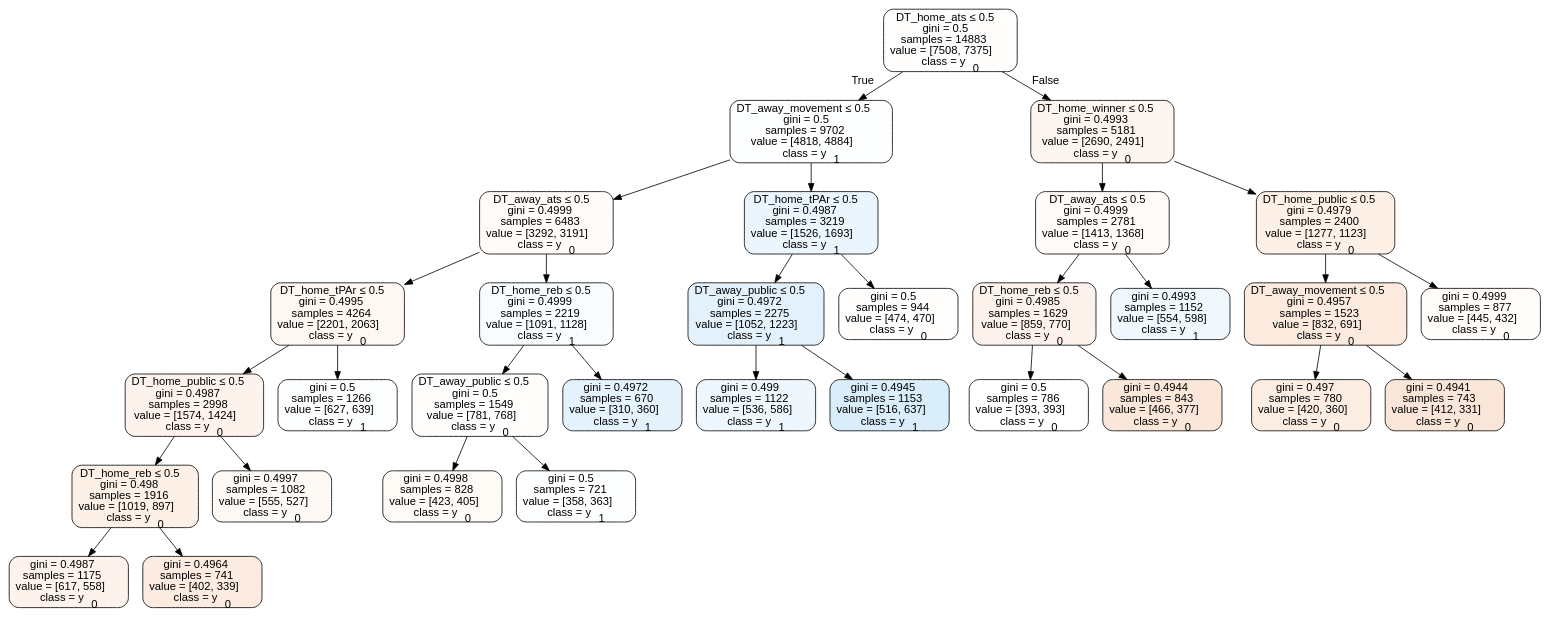
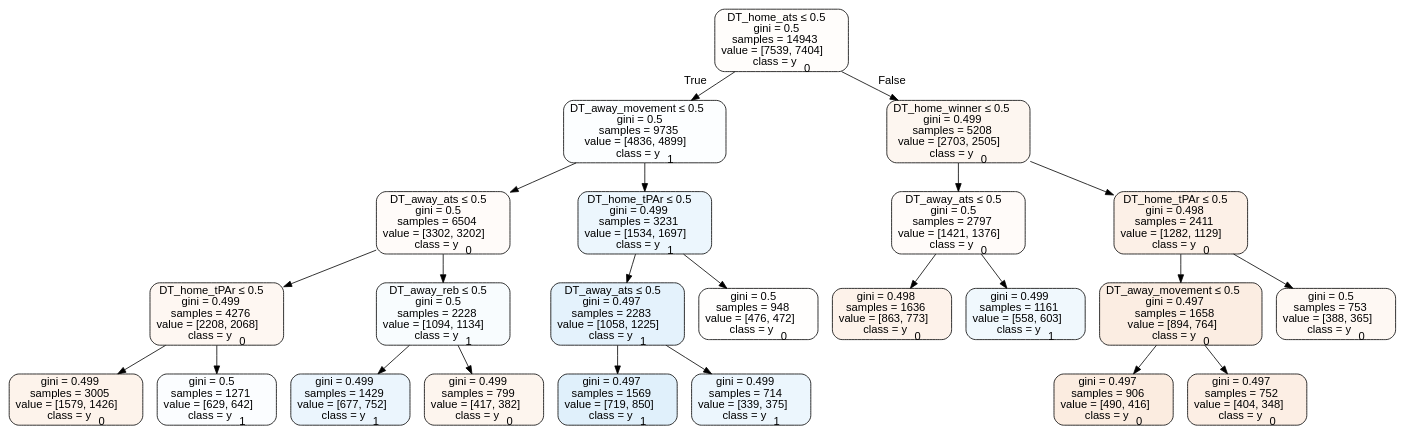
The diagram in Basketball/data/trees/tree2014home.dot (usbogie/ncaa-bets), drawn with Graphviz before and after one commit. The commit also changed 35 other files, not shown here.

```diff
--- a/Basketball/data/trees/tree2014home.dot
+++ b/Basketball/data/trees/tree2014home.dot
@@ -1,65 +1,49 @@
 digraph Tree {
 node [shape=box, style="filled, rounded", color="black", fontname=helvetica] ;
 edge [fontname=helvetica] ;
-0 [label=<DT_home_ats &le; 0.5<br/>gini = 0.5<br/>samples = 14883<br/>value = [7508, 7375]<br/>class = y<SUB>0</SUB>>, fillcolor="#e5813905"] ;
-1 [label=<DT_away_movement &le; 0.5<br/>gini = 0.5<br/>samples = 9702<br/>value = [4818, 4884]<br/>class = y<SUB>1</SUB>>, fillcolor="#399de503"] ;
+0 [label=<DT_home_ats &le; 0.5<br/>gini = 0.5<br/>samples = 14943<br/>value = [7539, 7404]<br/>class = y<SUB>0</SUB>>, fillcolor="#e5813905"] ;
+1 [label=<DT_away_movement &le; 0.5<br/>gini = 0.5<br/>samples = 9735<br/>value = [4836, 4899]<br/>class = y<SUB>1</SUB>>, fillcolor="#399de503"] ;
 0 -> 1 [labeldistance=2.5, labelangle=45, headlabel="True"] ;
-2 [label=<DT_away_ats &le; 0.5<br/>gini = 0.4999<br/>samples = 6483<br/>value = [3292, 3191]<br/>class = y<SUB>0</SUB>>, fillcolor="#e5813908"] ;
+2 [label=<DT_away_ats &le; 0.5<br/>gini = 0.5<br/>samples = 6504<br/>value = [3302, 3202]<br/>class = y<SUB>0</SUB>>, fillcolor="#e5813908"] ;
 1 -> 2 ;
-3 [label=<DT_home_tPAr &le; 0.5<br/>gini = 0.4995<br/>samples = 4264<br/>value = [2201, 2063]<br/>class = y<SUB>0</SUB>>, fillcolor="#e5813910"] ;
+3 [label=<DT_home_tPAr &le; 0.5<br/>gini = 0.499<br/>samples = 4276<br/>value = [2208, 2068]<br/>class = y<SUB>0</SUB>>, fillcolor="#e5813910"] ;
 2 -> 3 ;
-4 [label=<DT_home_public &le; 0.5<br/>gini = 0.4987<br/>samples = 2998<br/>value = [1574, 1424]<br/>class = y<SUB>0</SUB>>, fillcolor="#e5813918"] ;
+4 [label=<gini = 0.499<br/>samples = 3005<br/>value = [1579, 1426]<br/>class = y<SUB>0</SUB>>, fillcolor="#e5813919"] ;
 3 -> 4 ;
-5 [label=<DT_home_reb &le; 0.5<br/>gini = 0.498<br/>samples = 1916<br/>value = [1019, 897]<br/>class = y<SUB>0</SUB>>, fillcolor="#e581391f"] ;
-4 -> 5 ;
-6 [label=<gini = 0.4987<br/>samples = 1175<br/>value = [617, 558]<br/>class = y<SUB>0</SUB>>, fillcolor="#e5813918"] ;
-5 -> 6 ;
-7 [label=<gini = 0.4964<br/>samples = 741<br/>value = [402, 339]<br/>class = y<SUB>0</SUB>>, fillcolor="#e5813928"] ;
-5 -> 7 ;
-8 [label=<gini = 0.4997<br/>samples = 1082<br/>value = [555, 527]<br/>class = y<SUB>0</SUB>>, fillcolor="#e581390d"] ;
-4 -> 8 ;
-9 [label=<gini = 0.5<br/>samples = 1266<br/>value = [627, 639]<br/>class = y<SUB>1</SUB>>, fillcolor="#399de505"] ;
-3 -> 9 ;
-10 [label=<DT_home_reb &le; 0.5<br/>gini = 0.4999<br/>samples = 2219<br/>value = [1091, 1128]<br/>class = y<SUB>1</SUB>>, fillcolor="#399de508"] ;
-2 -> 10 ;
-11 [label=<DT_away_public &le; 0.5<br/>gini = 0.5<br/>samples = 1549<br/>value = [781, 768]<br/>class = y<SUB>0</SUB>>, fillcolor="#e5813904"] ;
+5 [label=<gini = 0.5<br/>samples = 1271<br/>value = [629, 642]<br/>class = y<SUB>1</SUB>>, fillcolor="#399de505"] ;
+3 -> 5 ;
+6 [label=<DT_away_reb &le; 0.5<br/>gini = 0.5<br/>samples = 2228<br/>value = [1094, 1134]<br/>class = y<SUB>1</SUB>>, fillcolor="#399de509"] ;
+2 -> 6 ;
+7 [label=<gini = 0.499<br/>samples = 1429<br/>value = [677, 752]<br/>class = y<SUB>1</SUB>>, fillcolor="#399de519"] ;
+6 -> 7 ;
+8 [label=<gini = 0.499<br/>samples = 799<br/>value = [417, 382]<br/>class = y<SUB>0</SUB>>, fillcolor="#e5813915"] ;
+6 -> 8 ;
+9 [label=<DT_home_tPAr &le; 0.5<br/>gini = 0.499<br/>samples = 3231<br/>value = [1534, 1697]<br/>class = y<SUB>1</SUB>>, fillcolor="#399de518"] ;
+1 -> 9 ;
+10 [label=<DT_away_ats &le; 0.5<br/>gini = 0.497<br/>samples = 2283<br/>value = [1058, 1225]<br/>class = y<SUB>1</SUB>>, fillcolor="#399de523"] ;
+9 -> 10 ;
+11 [label=<gini = 0.497<br/>samples = 1569<br/>value = [719, 850]<br/>class = y<SUB>1</SUB>>, fillcolor="#399de527"] ;
 10 -> 11 ;
-12 [label=<gini = 0.4998<br/>samples = 828<br/>value = [423, 405]<br/>class = y<SUB>0</SUB>>, fillcolor="#e581390b"] ;
-11 -> 12 ;
-13 [label=<gini = 0.5<br/>samples = 721<br/>value = [358, 363]<br/>class = y<SUB>1</SUB>>, fillcolor="#399de504"] ;
-11 -> 13 ;
-14 [label=<gini = 0.4972<br/>samples = 670<br/>value = [310, 360]<br/>class = y<SUB>1</SUB>>, fillcolor="#399de523"] ;
-10 -> 14 ;
-15 [label=<DT_home_tPAr &le; 0.5<br/>gini = 0.4987<br/>samples = 3219<br/>value = [1526, 1693]<br/>class = y<SUB>1</SUB>>, fillcolor="#399de519"] ;
-1 -> 15 ;
-16 [label=<DT_away_public &le; 0.5<br/>gini = 0.4972<br/>samples = 2275<br/>value = [1052, 1223]<br/>class = y<SUB>1</SUB>>, fillcolor="#399de524"] ;
+12 [label=<gini = 0.499<br/>samples = 714<br/>value = [339, 375]<br/>class = y<SUB>1</SUB>>, fillcolor="#399de518"] ;
+10 -> 12 ;
+13 [label=<gini = 0.5<br/>samples = 948<br/>value = [476, 472]<br/>class = y<SUB>0</SUB>>, fillcolor="#e5813902"] ;
+9 -> 13 ;
+14 [label=<DT_home_winner &le; 0.5<br/>gini = 0.499<br/>samples = 5208<br/>value = [2703, 2505]<br/>class = y<SUB>0</SUB>>, fillcolor="#e5813913"] ;
+0 -> 14 [labeldistance=2.5, labelangle=-45, headlabel="False"] ;
+15 [label=<DT_away_ats &le; 0.5<br/>gini = 0.5<br/>samples = 2797<br/>value = [1421, 1376]<br/>class = y<SUB>0</SUB>>, fillcolor="#e5813908"] ;
+14 -> 15 ;
+16 [label=<gini = 0.498<br/>samples = 1636<br/>value = [863, 773]<br/>class = y<SUB>0</SUB>>, fillcolor="#e581391b"] ;
 15 -> 16 ;
-17 [label=<gini = 0.499<br/>samples = 1122<br/>value = [536, 586]<br/>class = y<SUB>1</SUB>>, fillcolor="#399de516"] ;
-16 -> 17 ;
-18 [label=<gini = 0.4945<br/>samples = 1153<br/>value = [516, 637]<br/>class = y<SUB>1</SUB>>, fillcolor="#399de530"] ;
-16 -> 18 ;
-19 [label=<gini = 0.5<br/>samples = 944<br/>value = [474, 470]<br/>class = y<SUB>0</SUB>>, fillcolor="#e5813902"] ;
-15 -> 19 ;
-20 [label=<DT_home_winner &le; 0.5<br/>gini = 0.4993<br/>samples = 5181<br/>value = [2690, 2491]<br/>class = y<SUB>0</SUB>>, fillcolor="#e5813913"] ;
-0 -> 20 [labeldistance=2.5, labelangle=-45, headlabel="False"] ;
-21 [label=<DT_away_ats &le; 0.5<br/>gini = 0.4999<br/>samples = 2781<br/>value = [1413, 1368]<br/>class = y<SUB>0</SUB>>, fillcolor="#e5813908"] ;
-20 -> 21 ;
-22 [label=<DT_home_reb &le; 0.5<br/>gini = 0.4985<br/>samples = 1629<br/>value = [859, 770]<br/>class = y<SUB>0</SUB>>, fillcolor="#e581391a"] ;
-21 -> 22 ;
-23 [label=<gini = 0.5<br/>samples = 786<br/>value = [393, 393]<br/>class = y<SUB>0</SUB>>, fillcolor="#e5813900"] ;
-22 -> 23 ;
-24 [label=<gini = 0.4944<br/>samples = 843<br/>value = [466, 377]<br/>class = y<SUB>0</SUB>>, fillcolor="#e5813931"] ;
-22 -> 24 ;
-25 [label=<gini = 0.4993<br/>samples = 1152<br/>value = [554, 598]<br/>class = y<SUB>1</SUB>>, fillcolor="#399de513"] ;
-21 -> 25 ;
-26 [label=<DT_home_public &le; 0.5<br/>gini = 0.4979<br/>samples = 2400<br/>value = [1277, 1123]<br/>class = y<SUB>0</SUB>>, fillcolor="#e581391f"] ;
-20 -> 26 ;
-27 [label=<DT_away_movement &le; 0.5<br/>gini = 0.4957<br/>samples = 1523<br/>value = [832, 691]<br/>class = y<SUB>0</SUB>>, fillcolor="#e581392b"] ;
-26 -> 27 ;
-28 [label=<gini = 0.497<br/>samples = 780<br/>value = [420, 360]<br/>class = y<SUB>0</SUB>>, fillcolor="#e5813924"] ;
-27 -> 28 ;
-29 [label=<gini = 0.4941<br/>samples = 743<br/>value = [412, 331]<br/>class = y<SUB>0</SUB>>, fillcolor="#e5813932"] ;
-27 -> 29 ;
-30 [label=<gini = 0.4999<br/>samples = 877<br/>value = [445, 432]<br/>class = y<SUB>0</SUB>>, fillcolor="#e5813907"] ;
-26 -> 30 ;
+17 [label=<gini = 0.499<br/>samples = 1161<br/>value = [558, 603]<br/>class = y<SUB>1</SUB>>, fillcolor="#399de513"] ;
+15 -> 17 ;
+18 [label=<DT_home_tPAr &le; 0.5<br/>gini = 0.498<br/>samples = 2411<br/>value = [1282, 1129]<br/>class = y<SUB>0</SUB>>, fillcolor="#e581391e"] ;
+14 -> 18 ;
+19 [label=<DT_away_movement &le; 0.5<br/>gini = 0.497<br/>samples = 1658<br/>value = [894, 764]<br/>class = y<SUB>0</SUB>>, fillcolor="#e5813925"] ;
+18 -> 19 ;
+20 [label=<gini = 0.497<br/>samples = 906<br/>value = [490, 416]<br/>class = y<SUB>0</SUB>>, fillcolor="#e5813927"] ;
+19 -> 20 ;
+21 [label=<gini = 0.497<br/>samples = 752<br/>value = [404, 348]<br/>class = y<SUB>0</SUB>>, fillcolor="#e5813923"] ;
+19 -> 21 ;
+22 [label=<gini = 0.5<br/>samples = 753<br/>value = [388, 365]<br/>class = y<SUB>0</SUB>>, fillcolor="#e581390f"] ;
+18 -> 22 ;
 }
```
